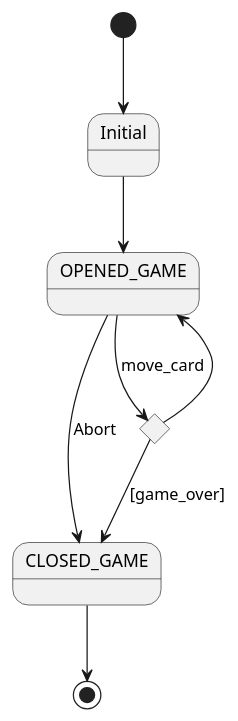
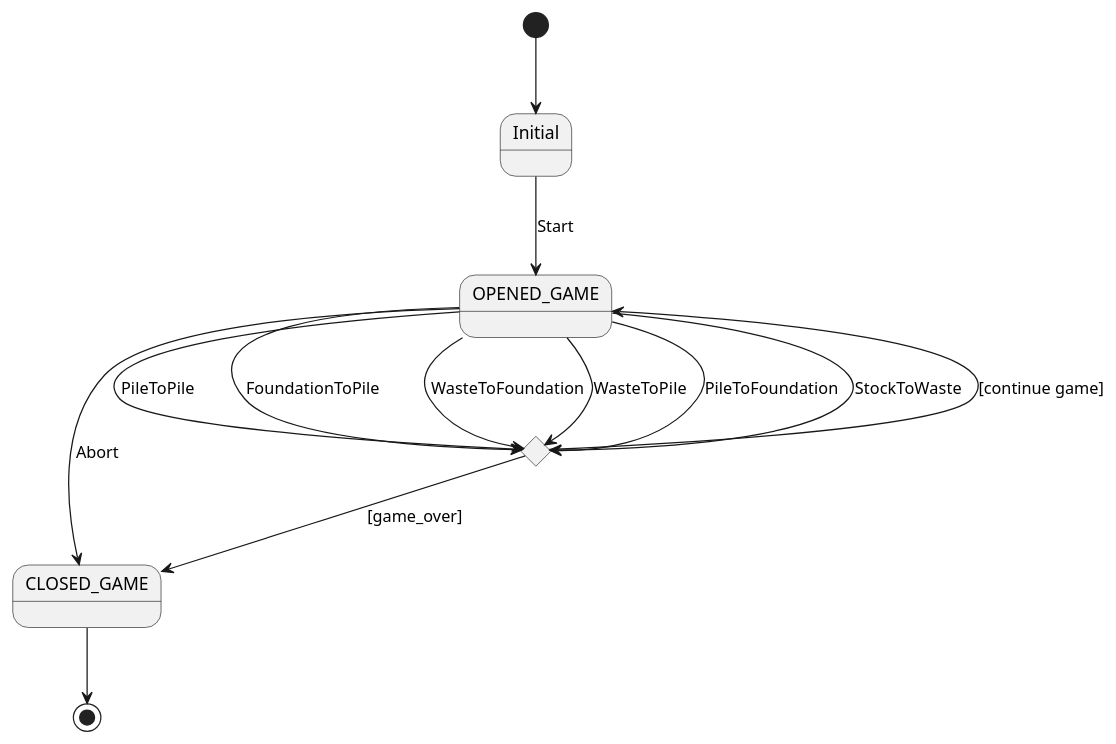
The diagram in useCaseView/state-diagram.puml (ciscoruiz/klondike), drawn with PlantUML before and after one commit.

Commit message:
Show all UC into the State Diagram

```diff
--- a/useCaseView/state-diagram.puml
+++ b/useCaseView/state-diagram.puml
@@ -1,14 +1,19 @@
 @startuml
 [*] --> Initial
 
 state game_over <<choice>>
 
-Initial --> OPENED_GAME
+Initial --> OPENED_GAME : Start
 OPENED_GAME -> CLOSED_GAME : Abort
-OPENED_GAME -> game_over : move_card
+OPENED_GAME -> game_over : PileToPile
+OPENED_GAME -> game_over : FoundationToPile
+OPENED_GAME -> game_over : WasteToFoundation
+OPENED_GAME -> game_over : WasteToPile
+OPENED_GAME -> game_over : PileToFoundation
+OPENED_GAME -> game_over : StockToWaste
+
 game_over --> CLOSED_GAME : [game_over]
-game_over --> OPENED_GAME
+game_over --> OPENED_GAME : [continue game]
 
 CLOSED_GAME --> [*]
-
 @enduml
```
